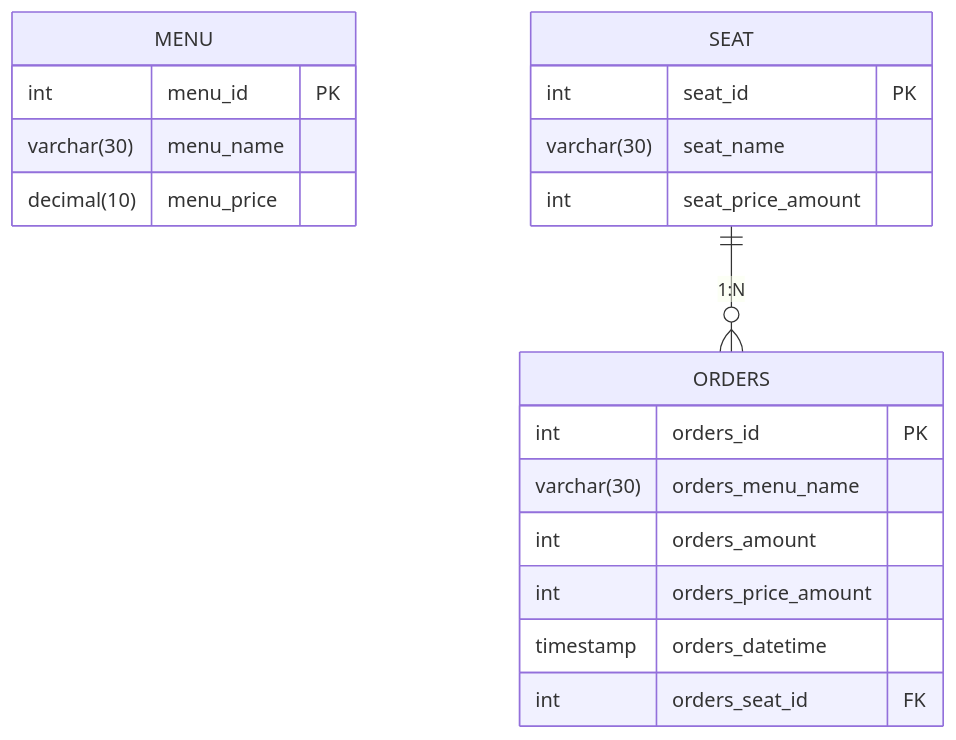
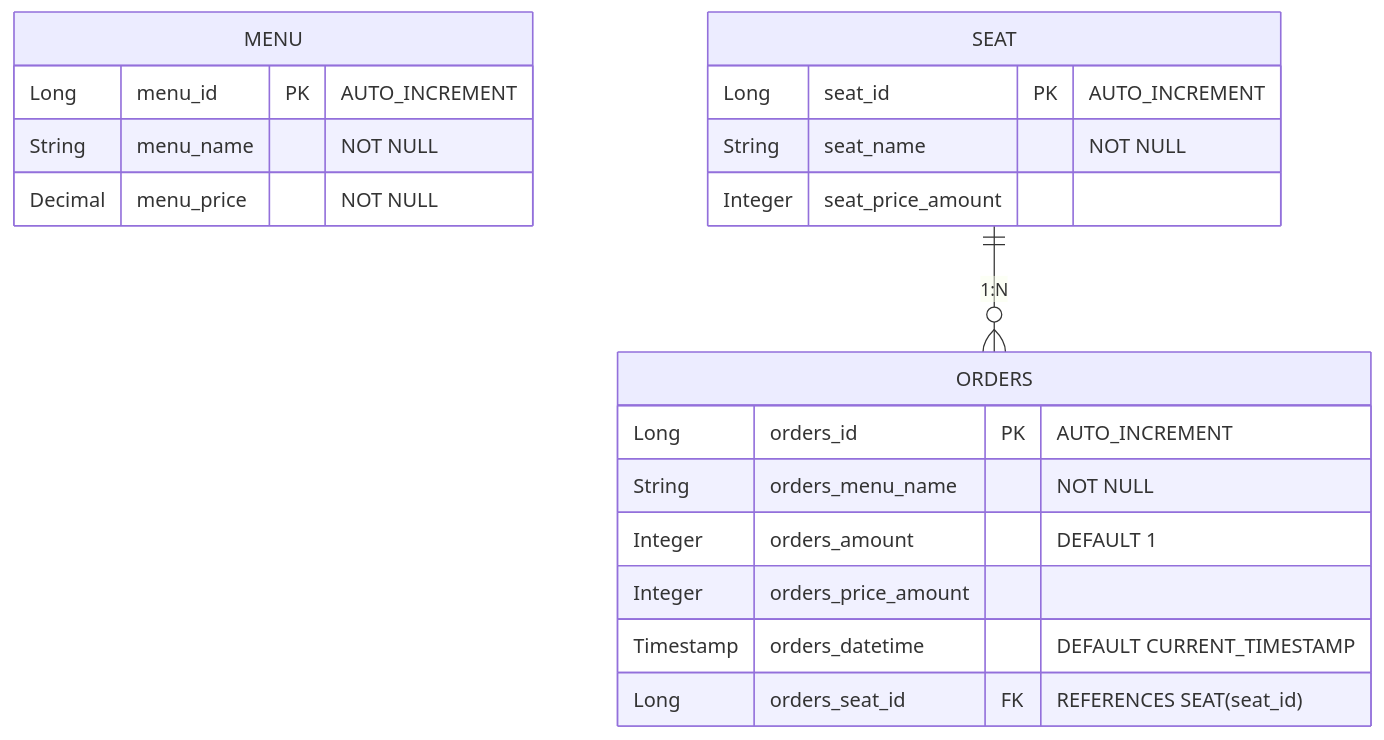
The second of 2 diagrams in README.md (chungminsik/restaurant-order-app), drawn with Mermaid before and after one commit. The commit also changed other lines of this file, not shown here.

````diff
--- a/README.md
+++ b/README.md
@@ -85,25 +58,25 @@
 ```mermaid
 erDiagram
     MENU {
-        int menu_id PK
-        varchar(30) menu_name
-        decimal(10) menu_price
+        Long menu_id PK "AUTO_INCREMENT"
+        String menu_name "NOT NULL"
+        Decimal menu_price "NOT NULL"
     }
     
     SEAT {
-        int seat_id PK
-        varchar(30) seat_name
-        int seat_price_amount
+        Long seat_id PK "AUTO_INCREMENT"
+        String seat_name "NOT NULL"
+        Integer seat_price_amount
     }
     
     ORDERS {
-        int orders_id PK
-        varchar(30) orders_menu_name
-        int orders_amount
-        int orders_price_amount
-        timestamp orders_datetime
-        int orders_seat_id FK
+        Long orders_id PK "AUTO_INCREMENT"
+        String orders_menu_name "NOT NULL"
+        Integer orders_amount "DEFAULT 1"
+        Integer orders_price_amount
+        Timestamp orders_datetime "DEFAULT CURRENT_TIMESTAMP"
+        Long orders_seat_id FK "REFERENCES SEAT(seat_id)"
     }
-
+    
     SEAT ||--o{ ORDERS : "1:N"
 ```
````
